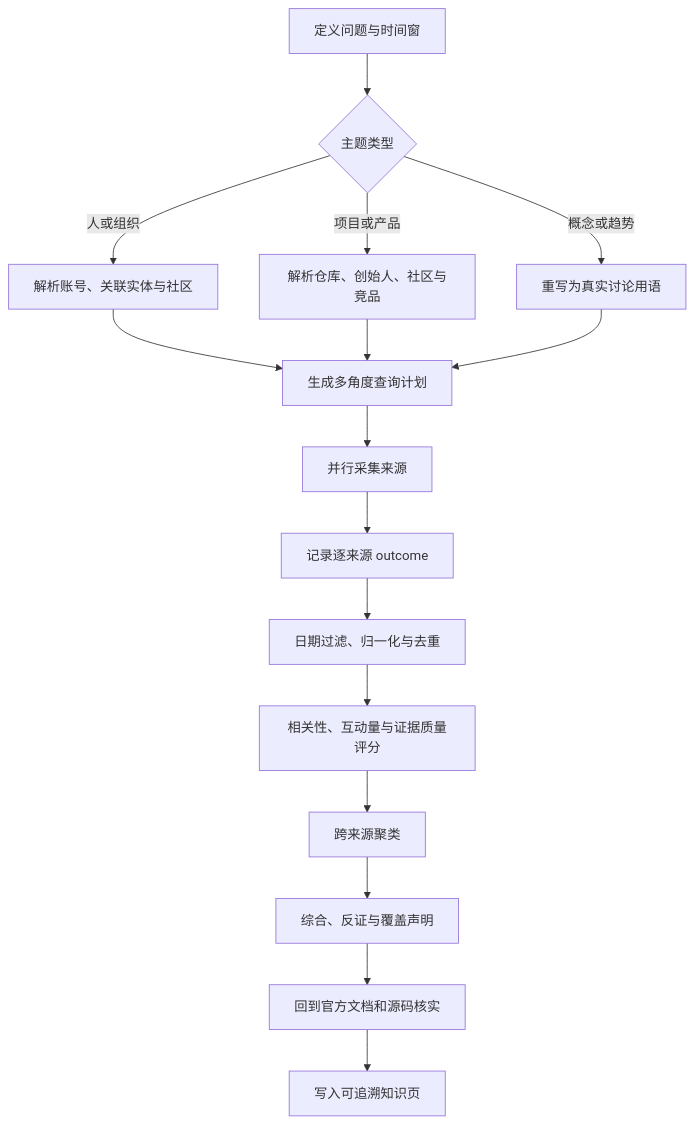
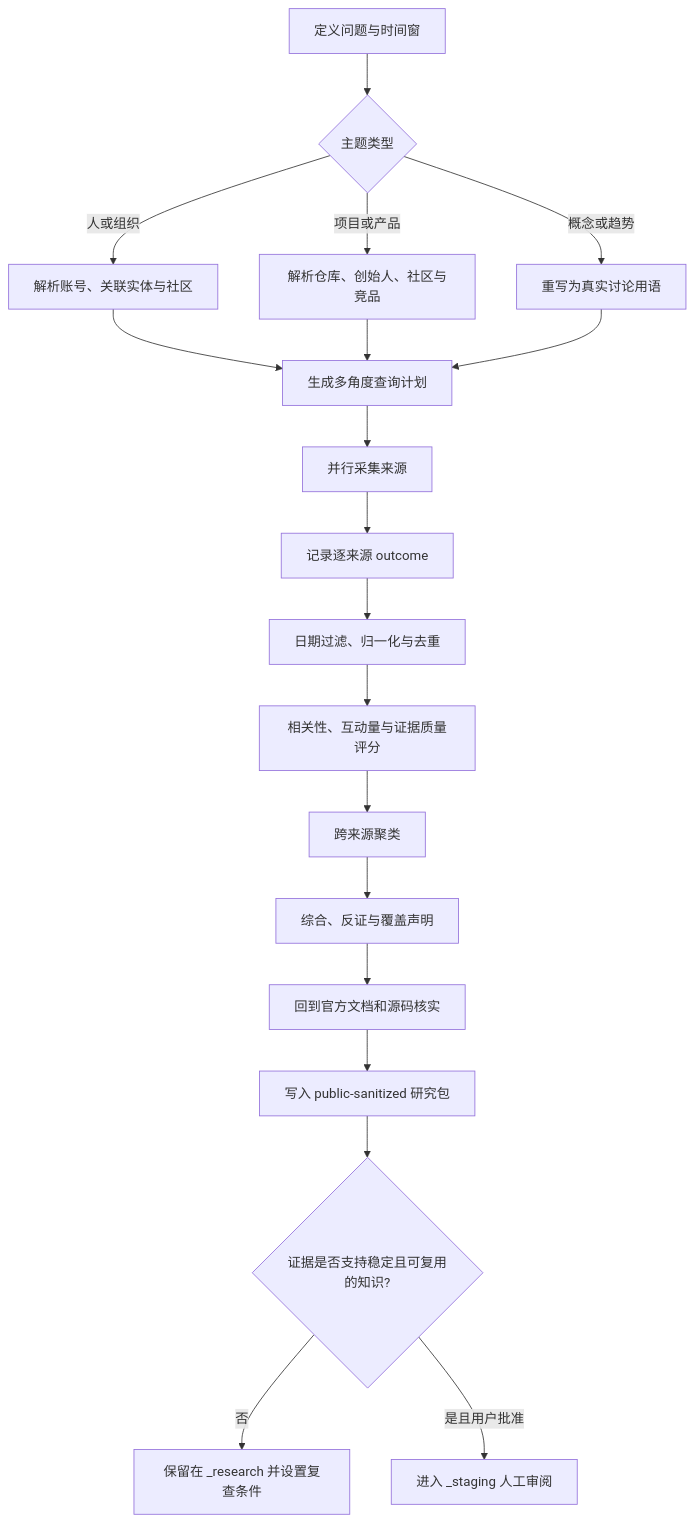
One commit to bill34345/ai-note changed the diagram in concepts/多源时效研究管线.md. Above: the diagram before and after it, drawn with Mermaid. The commit also changed other lines of this file and 16 other files, not shown here.

````diff
--- a/concepts/多源时效研究管线.md
+++ b/concepts/多源时效研究管线.md
@@ -46,18 +46,21 @@
 ```mermaid
 flowchart TD
     A[定义问题与时间窗] --> B{主题类型}
     B -->|人或组织| C[解析账号、关联实体与社区]
     B -->|项目或产品| D[解析仓库、创始人、社区与竞品]
     B -->|概念或趋势| E[重写为真实讨论用语]
     C --> F[生成多角度查询计划]
     D --> F
     E --> F
     F --> G[并行采集来源]
     G --> H[记录逐来源 outcome]
     H --> I[日期过滤、归一化与去重]
     I --> J[相关性、互动量与证据质量评分]
     J --> K[跨来源聚类]
     K --> L[综合、反证与覆盖声明]
     L --> M[回到官方文档和源码核实]
-    M --> N[写入可追溯知识页]
+    M --> N[写入 public-sanitized 研究包]
+    N --> O{证据是否支持稳定且可复用的知识?}
+    O -->|否| P[保留在 _research 并设置复查条件]
+    O -->|是且用户批准| Q[进入 _staging 人工审阅]
 ```
````
